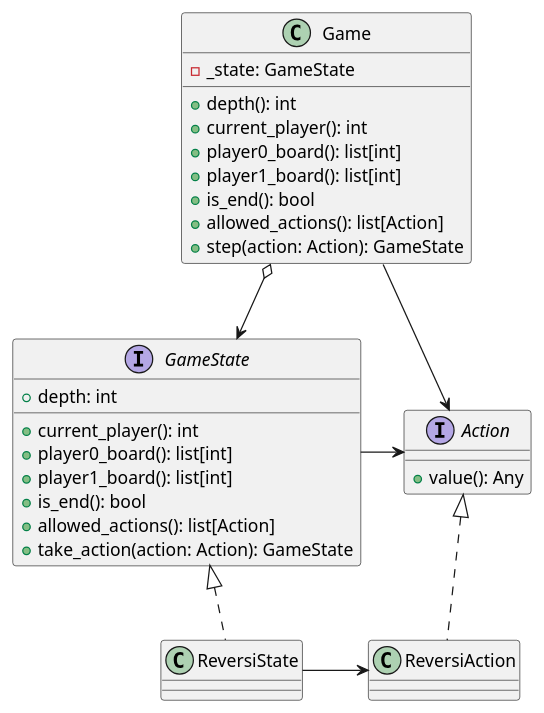
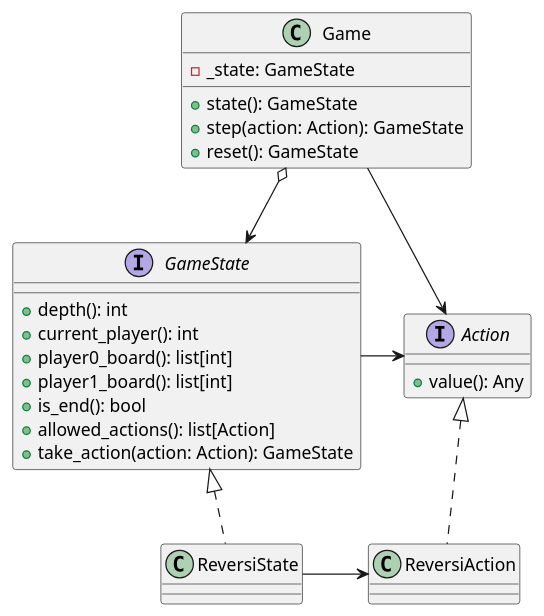
Before and after one commit to tsukushibito/python_alpha_zero: the diagram in alpha_zero/uml.pu, drawn with PlantUML. The commit also changed 9 other files, not shown here.

```diff
--- a/alpha_zero/uml.pu
+++ b/alpha_zero/uml.pu
@@ -1,36 +1,32 @@
 @startuml alpha_zero
 
 interface Action {
     + value(): Any
 }
 
 interface GameState {
-    + depth: int
+    + depth(): int
     + current_player(): int
     + player0_board(): list[int]
     + player1_board(): list[int]
     + is_end(): bool
     + allowed_actions(): list[Action]
     + take_action(action: Action): GameState
 }
 
 class Game {
     - _state: GameState
-    + depth(): int
-    + current_player(): int
-    + player0_board(): list[int]
-    + player1_board(): list[int]
-    + is_end(): bool
-    + allowed_actions(): list[Action]
+    + state(): GameState
     + step(action: Action): GameState
+    + reset(): GameState
 }
 
 Game o--> GameState
 Game -> Action
 GameState -> Action
 
 GameState <|.. ReversiState
 Action <|.. ReversiAction
 ReversiState -> ReversiAction
 
 @enduml
```
